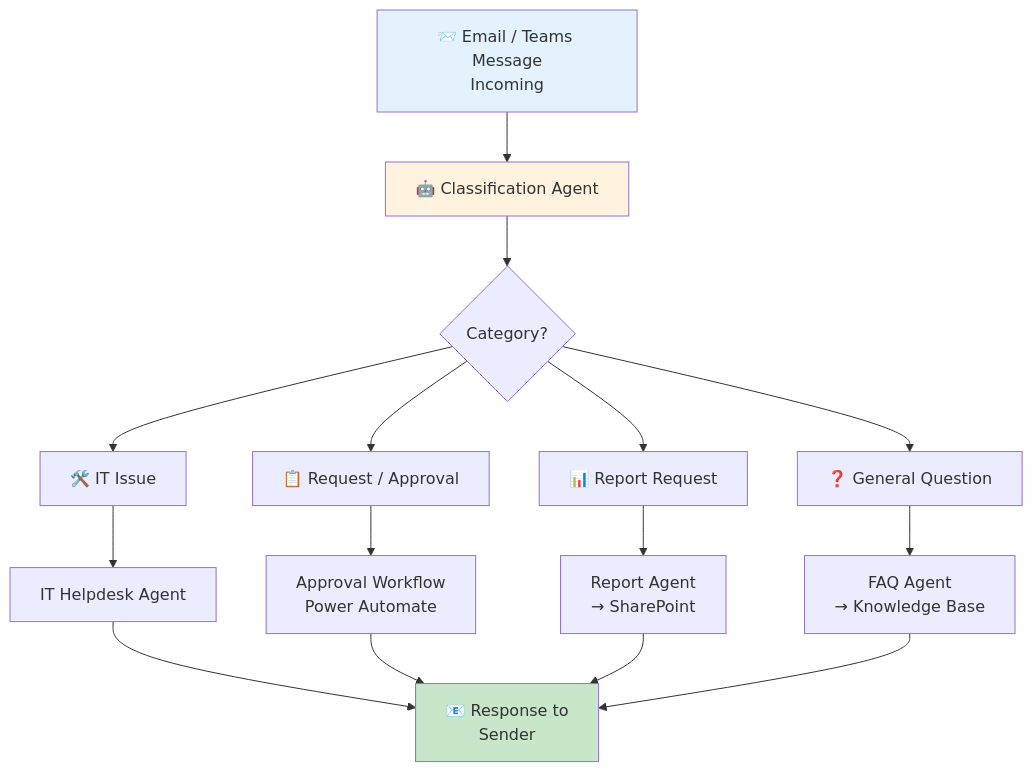
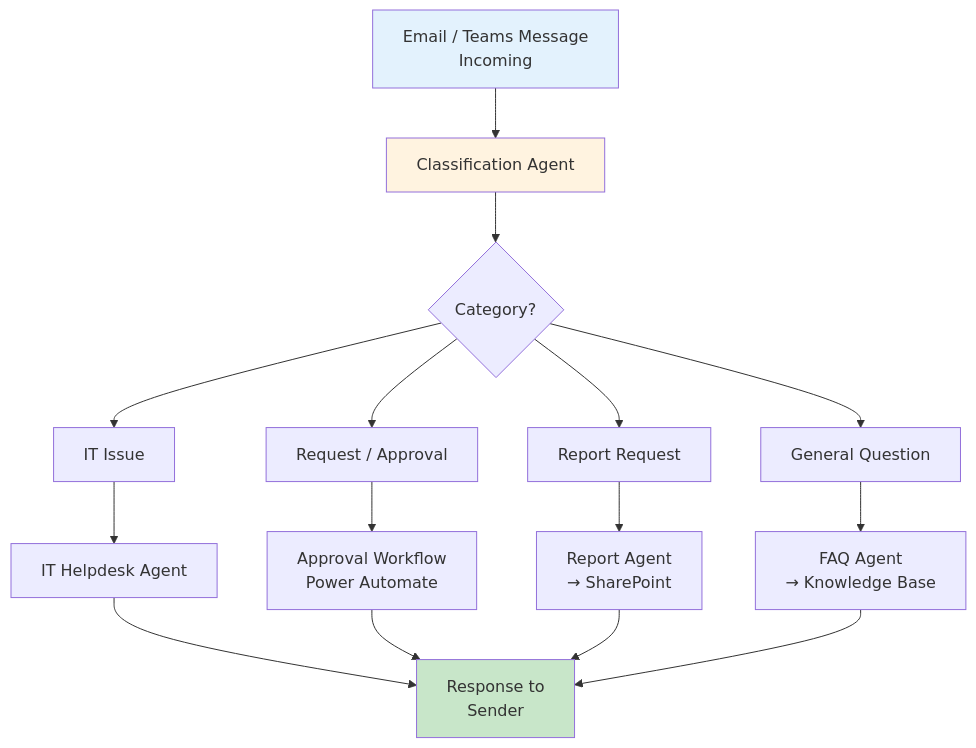
Before and after one commit to justinsz/ProPrompt: the fourth of 4 diagrams in office_en.md, drawn with Mermaid. The commit also changed other lines of this file and 11 other files, not shown here.

````diff
--- a/office_en.md
+++ b/office_en.md
@@ -401,21 +401,21 @@
 ```mermaid
 flowchart TB
-    A[📨 Email / Teams Message<br/>Incoming] --> B[🤖 Classification Agent]
-    
+    A[Email / Teams Message<br/>Incoming] --> B[Classification Agent]
+
     B --> C{Category?}
-    C --> D[🛠️ IT Issue]
-    C --> E[📋 Request / Approval]
-    C --> F[📊 Report Request]
-    C --> G[❓ General Question]
-    
+    C --> D[IT Issue]
+    C --> E[Request / Approval]
+    C --> F[Report Request]
+    C --> G[General Question]
+
     D --> D1[IT Helpdesk Agent]
     E --> E1[Approval Workflow<br/>Power Automate]
     F --> F1[Report Agent<br/>→ SharePoint]
     G --> G1[FAQ Agent<br/>→ Knowledge Base]
-    
-    D1 & E1 & F1 & G1 --> H[📧 Response to<br/>Sender]
-    
+
+    D1 & E1 & F1 & G1 --> H[Response to<br/>Sender]
+
     style A fill:#e3f2fd
     style B fill:#fff3e0
     style H fill:#c8e6c9
 ```
````
